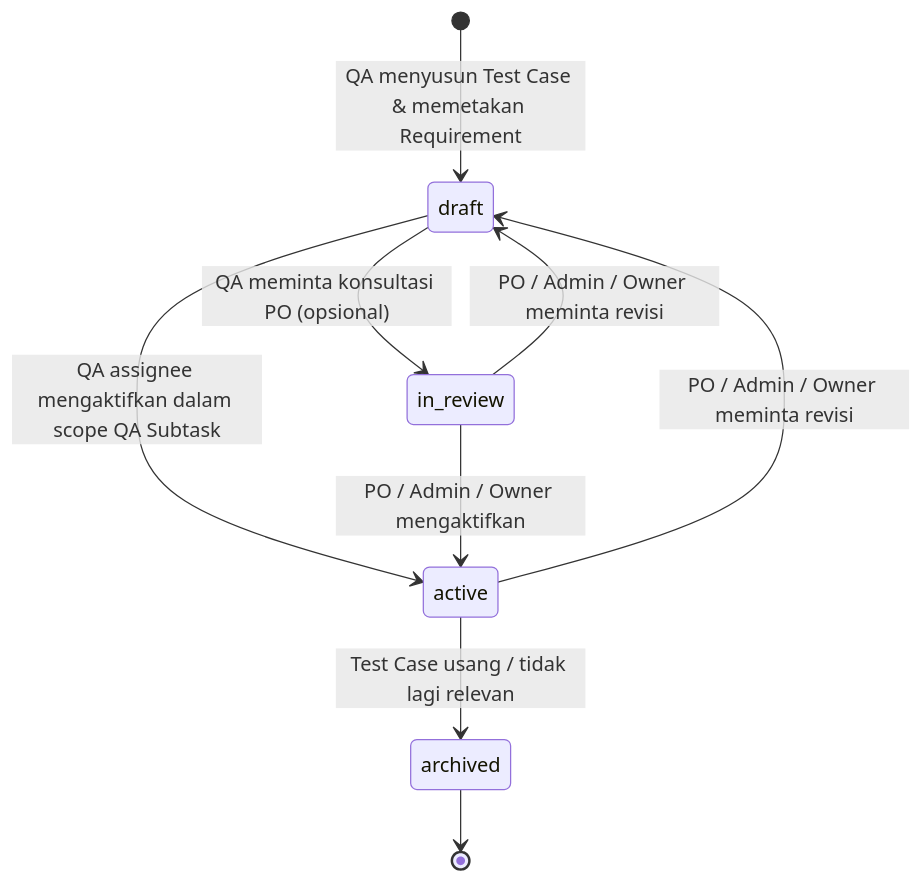
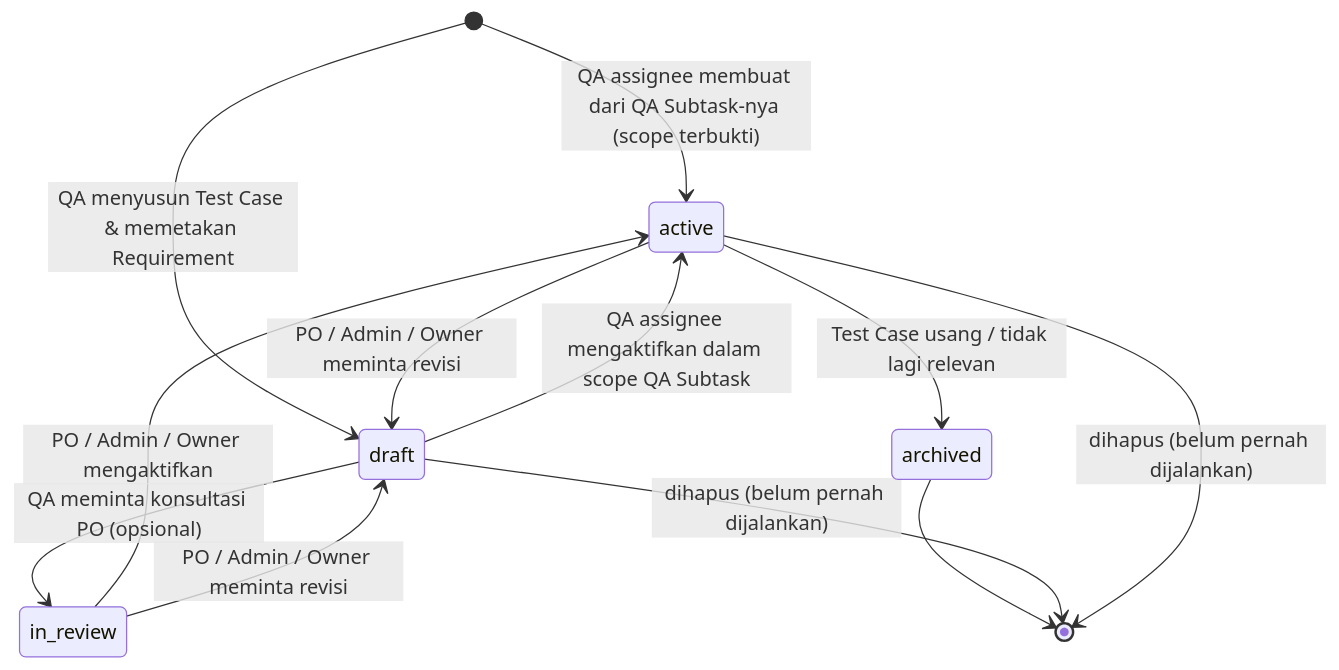
The fifth of 8 diagrams in docs/2_WORKFLOW_AND_ROLES.md (oneilreyand/qlickhub), drawn with Mermaid before and after one commit. The commit also changed other lines of this file and 12 other files, not shown here.

````diff
--- a/docs/2_WORKFLOW_AND_ROLES.md
+++ b/docs/2_WORKFLOW_AND_ROLES.md
@@ -240,11 +242,14 @@
 ```mermaid
 stateDiagram-v2
+    [*] --> active: QA assignee membuat dari QA Subtask-nya (scope terbukti)
     [*] --> draft: QA menyusun Test Case & memetakan Requirement
     draft --> active: QA assignee mengaktifkan dalam scope QA Subtask
     draft --> in_review: QA meminta konsultasi PO (opsional)
     in_review --> active: PO / Admin / Owner mengaktifkan
     in_review --> draft: PO / Admin / Owner meminta revisi
     active --> draft: PO / Admin / Owner meminta revisi
     active --> archived: Test Case usang / tidak lagi relevan
     archived --> [*]
+    draft --> [*]: dihapus (belum pernah dijalankan)
+    active --> [*]: dihapus (belum pernah dijalankan)
 ```
````
